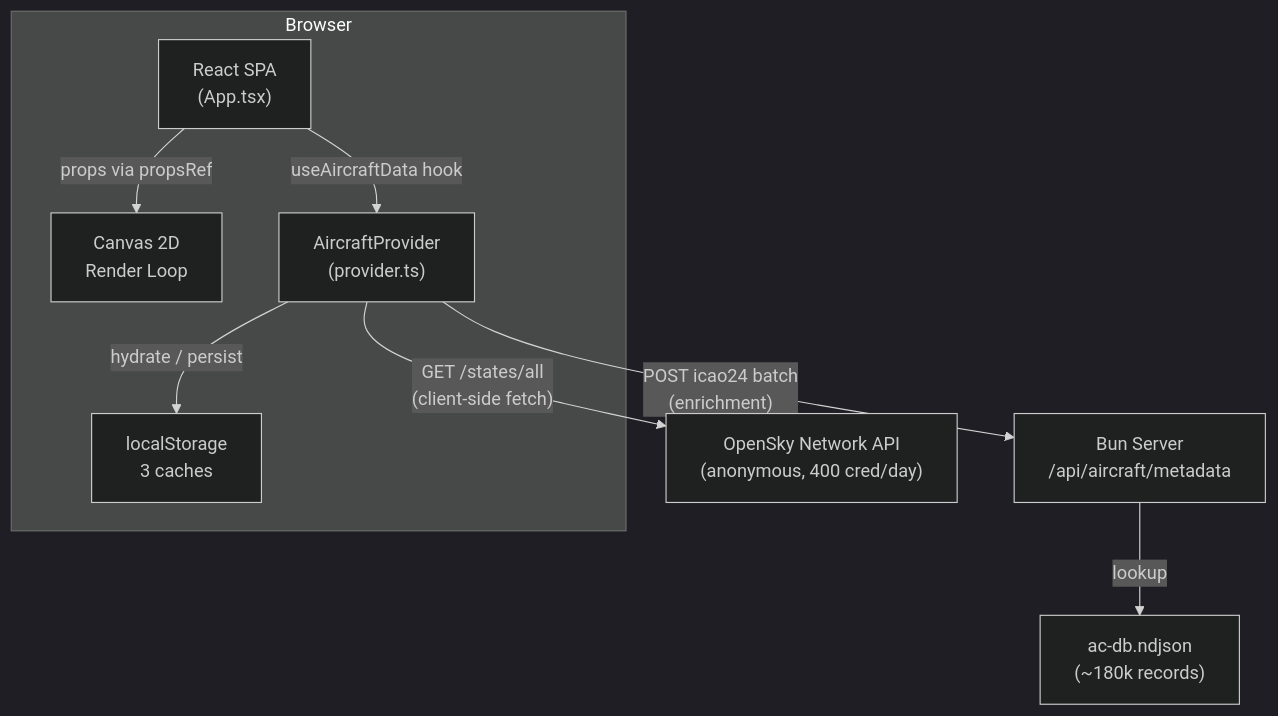
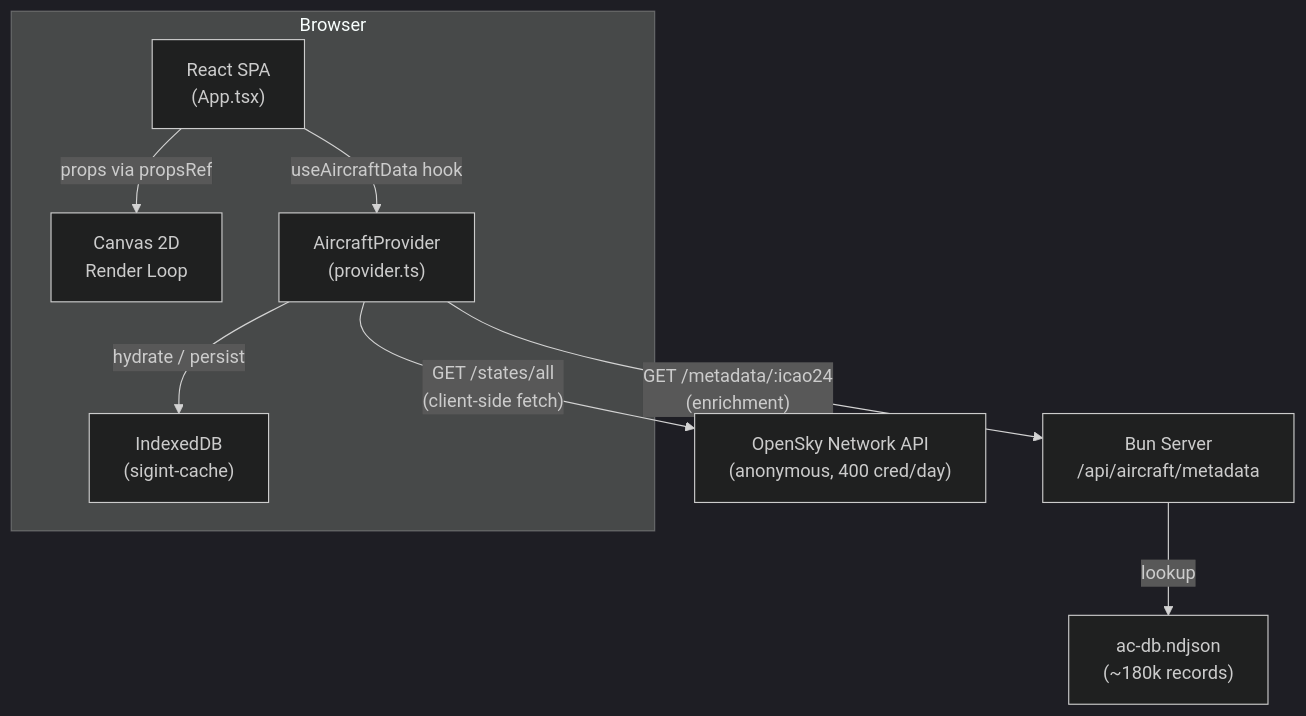
Before and after one commit to iiTONELOC/sigint: the first of 14 diagrams in docs/architecture.md, drawn with Mermaid (dark theme). The commit also changed other lines of this file and 39 other files, not shown here.

````diff
--- a/docs/architecture.md
+++ b/docs/architecture.md
@@ -15,21 +15,21 @@
 ```mermaid
 graph TB
     subgraph Browser
         SPA["React SPA<br/>(App.tsx)"]
         Canvas["Canvas 2D<br/>Render Loop"]
-        LS["localStorage<br/>3 caches"]
+        IDB["IndexedDB<br/>(sigint-cache)"]
         Provider["AircraftProvider<br/>(provider.ts)"]
 
         SPA -->|"props via propsRef"| Canvas
         SPA -->|"useAircraftData hook"| Provider
-        Provider -->|"hydrate / persist"| LS
+        Provider -->|"hydrate / persist"| IDB
     end
 
     OpenSky["OpenSky Network API<br/>(anonymous, 400 cred/day)"]
     BunServer["Bun Server<br/>/api/aircraft/metadata"]
     NDJSON["ac-db.ndjson<br/>(~180k records)"]
 
     Provider -->|"GET /states/all<br/>(client-side fetch)"| OpenSky
-    Provider -->|"POST icao24 batch<br/>(enrichment)"| BunServer
+    Provider -->|"GET /metadata/:icao24<br/>(enrichment)"| BunServer
     BunServer -->|"lookup"| NDJSON
 ```
````
